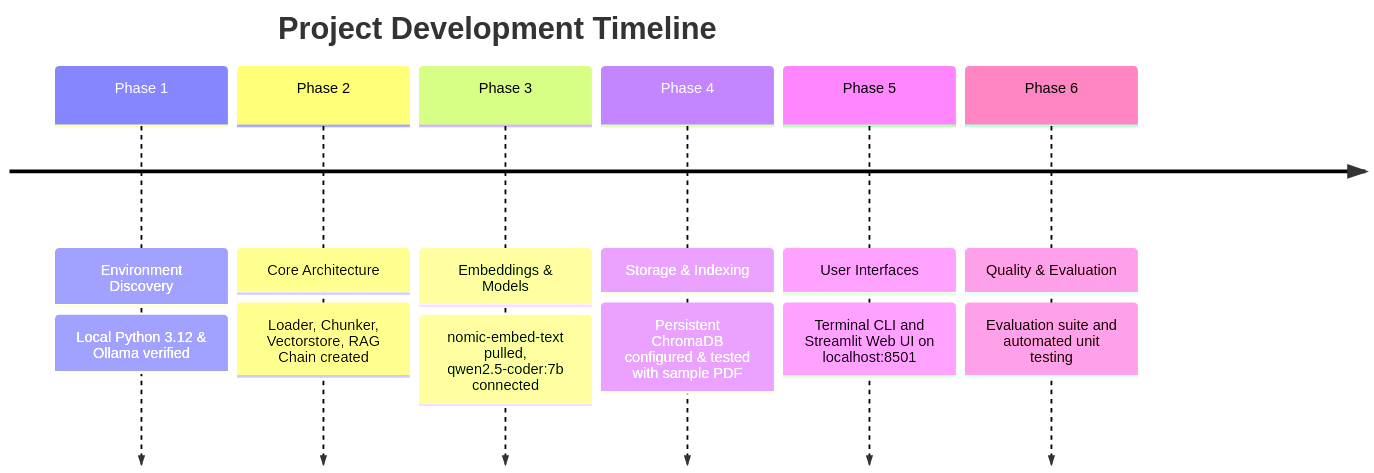
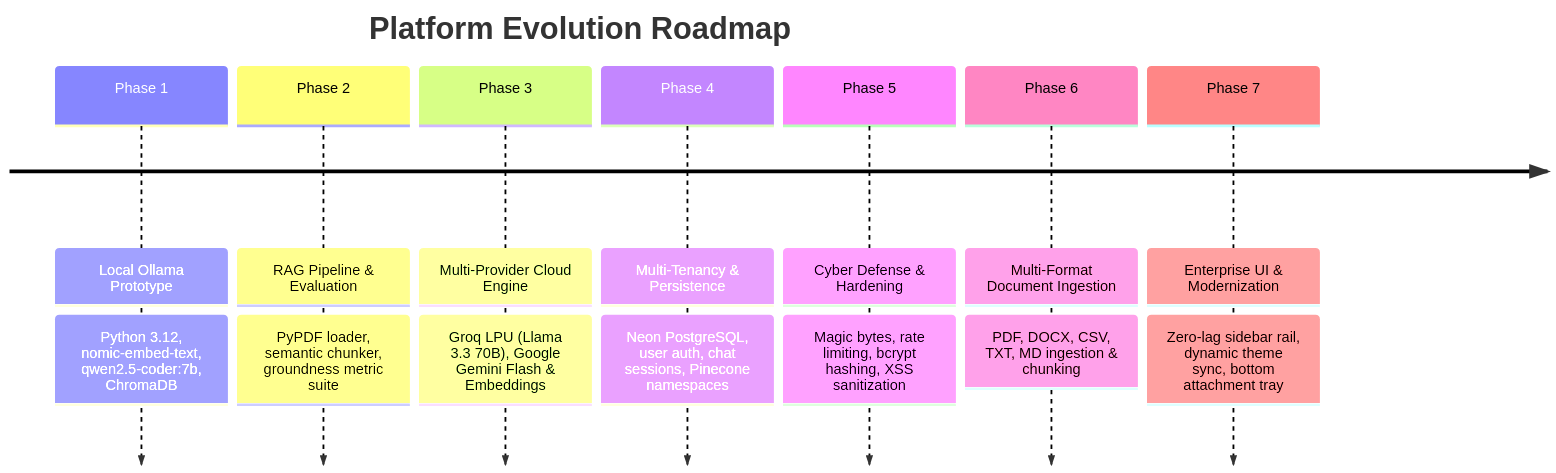
One commit to 00divyanshu/RAG-Pipeline- changed the diagram in brain.md. Above: the diagram before and after it, drawn with Mermaid. The commit also changed other lines of this file and 7 other files, not shown here.

Commit message:
docs: modernize README and brain, author advanced architecture specification, cleanup unused files and modernize CLI

````diff
--- a/brain.md
+++ b/brain.md
@@ -11,10 +19,11 @@
 ```mermaid
 timeline
-    title Project Development Timeline
-    Phase 1 : Environment Discovery : Local Python 3.12 & Ollama verified
-    Phase 2 : Core Architecture : Loader, Chunker, Vectorstore, RAG Chain created
-    Phase 3 : Embeddings & Models : nomic-embed-text pulled, qwen2.5-coder:7b connected
-    Phase 4 : Storage & Indexing : Persistent ChromaDB configured & tested with sample PDF
-    Phase 5 : User Interfaces : Terminal CLI and Streamlit Web UI on localhost:8501
-    Phase 6 : Quality & Evaluation : Evaluation suite and automated unit testing
+    title Platform Evolution Roadmap
+    Phase 1 : Local Ollama Prototype : Python 3.12, nomic-embed-text, qwen2.5-coder:7b, ChromaDB
+    Phase 2 : RAG Pipeline & Evaluation : PyPDF loader, semantic chunker, groundness metric suite
+    Phase 3 : Multi-Provider Cloud Engine : Groq LPU (Llama 3.3 70B), Google Gemini Flash & Embeddings
+    Phase 4 : Multi-Tenancy & Persistence : Neon PostgreSQL, user auth, chat sessions, Pinecone namespaces
+    Phase 5 : Cyber Defense & Hardening : Magic bytes, rate limiting, bcrypt hashing, XSS sanitization
+    Phase 6 : Multi-Format Document Ingestion : PDF, DOCX, CSV, TXT, MD ingestion & chunking
+    Phase 7 : Enterprise UI & Modernization : Zero-lag sidebar rail, dynamic theme sync, bottom attachment tray
 ```
````
